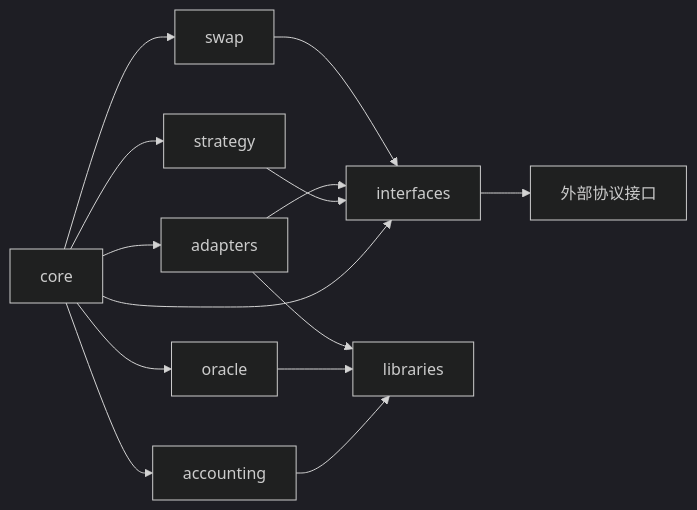
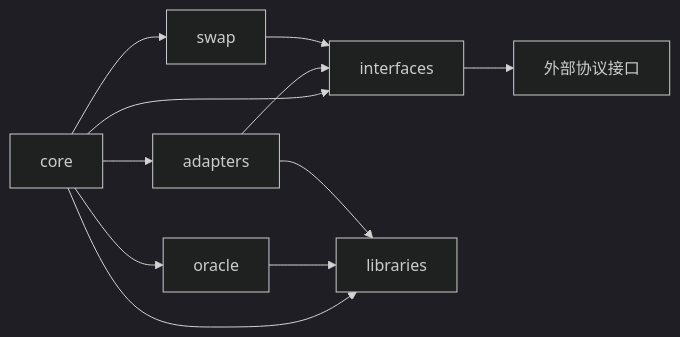
One commit to GGHansome/Adaptive-LP-Vault changed the second of 10 diagrams in ARCHITECTURE.md. Above: the diagram before and after it, drawn with Mermaid (dark theme). The commit also changed other lines of this file and 3 other files, not shown here.

````diff
--- a/ARCHITECTURE.md
+++ b/ARCHITECTURE.md
@@ -78,16 +72,13 @@
 ```mermaid
 flowchart LR
     Core[core] --> Interfaces[interfaces]
-    Core --> Accounting[accounting]
     Core --> Oracle[oracle]
-    Core --> Strategy[strategy]
+    Core --> Libraries[libraries]
     Core --> Adapters[adapters]
     Core --> Swap[swap]
-    Accounting --> Libraries[libraries]
     Oracle --> Libraries
-    Strategy --> Interfaces
     Adapters --> Interfaces
     Adapters --> Libraries
     Swap --> Interfaces
     Interfaces --> ExternalInterfaces[外部协议接口]
 ```
````
